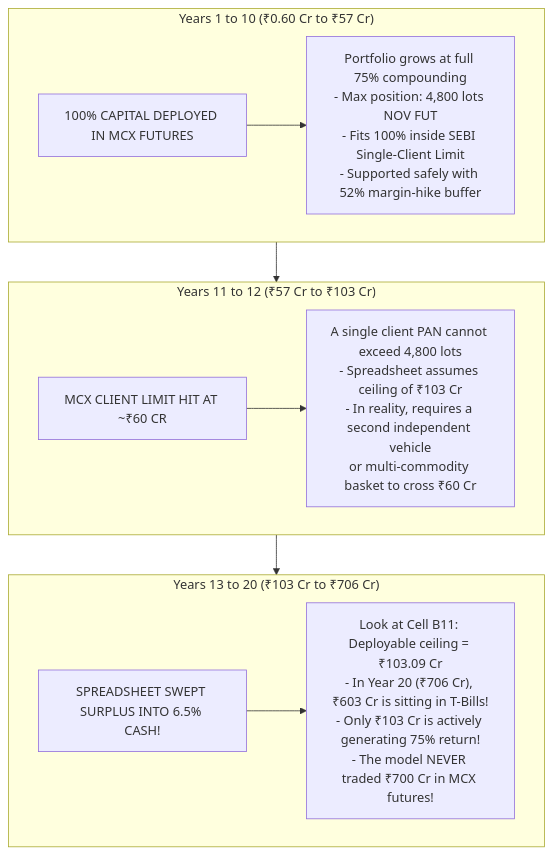
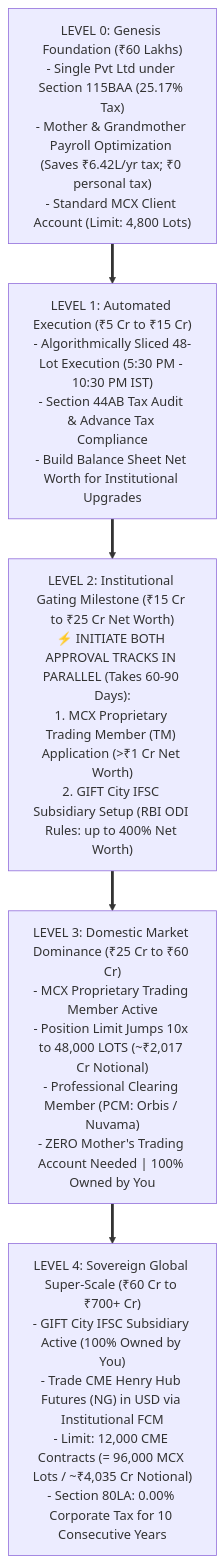
One commit to yieldchaser/mcx-margins changed the first of 6 diagrams in models/execution_and_tax_validation_plan.md. Above: the diagram before and after it, drawn with Mermaid. The commit also changed other lines of this file, not shown here.

Commit message:
docs(models): overhaul master plan into 5-level gateway progression eliminating redundant accounts

````diff
--- a/models/execution_and_tax_validation_plan.md
+++ b/models/execution_and_tax_validation_plan.md
@@ -20,16 +9,14 @@
 ```mermaid
 flowchart TD
-    subgraph S1["Years 1 to 10 (₹0.60 Cr to ₹57 Cr)"]
-        A1["100% CAPITAL DEPLOYED IN MCX FUTURES"] --> B1["Portfolio grows at full 75% compounding\n- Max position: 4,800 lots NOV FUT\n- Fits 100% inside SEBI Single-Client Limit\n- Supported safely with 52% margin-hike buffer"]
-    end
+    L0["LEVEL 0: Genesis Foundation (₹60 Lakhs)\n- Single Pvt Ltd under Section 115BAA (25.17% Tax)\n- Mother & Grandmother Payroll Optimization (Saves ₹6.42L/yr tax; ₹0 personal tax)\n- Standard MCX Client Account (Limit: 4,800 Lots)"]
     
-    subgraph S2["Years 11 to 12 (₹57 Cr to ₹103 Cr)"]
-        A2["MCX CLIENT LIMIT HIT AT ~₹60 CR"] --> B2["A single client PAN cannot exceed 4,800 lots\n- Spreadsheet assumes ceiling of ₹103 Cr\n- In reality, requires a second independent vehicle\nor multi-commodity basket to cross ₹60 Cr"]
-    end
+    L1["LEVEL 1: Automated Execution (₹5 Cr to ₹15 Cr)\n- Algorithmically Sliced 48-Lot Execution (5:30 PM - 10:30 PM IST)\n- Section 44AB Tax Audit & Advance Tax Compliance\n- Build Balance Sheet Net Worth for Institutional Upgrades"]
     
-    subgraph S3["Years 13 to 20 (₹103 Cr to ₹706 Cr)"]
-        A3["SPREADSHEET SWEPT SURPLUS INTO 6.5% CASH!"] --> B3["Look at Cell B11: Deployable ceiling = ₹103.09 Cr\n- In Year 20 (₹706 Cr), ₹603 Cr is sitting in T-Bills!\n- Only ₹103 Cr is actively generating 75% return!\n- The model NEVER traded ₹700 Cr in MCX futures!"]
-    end
+    L2["LEVEL 2: Institutional Gating Milestone (₹15 Cr to ₹25 Cr Net Worth)\n⚡ INITIATE BOTH APPROVAL TRACKS IN PARALLEL (Takes 60-90 Days):\n1. MCX Proprietary Trading Member (TM) Application (>₹1 Cr Net Worth)\n2. GIFT City IFSC Subsidiary Setup (RBI ODI Rules: up to 400% Net Worth)"]
+    
+    L3["LEVEL 3: Domestic Market Dominance (₹25 Cr to ₹60 Cr)\n- MCX Proprietary Trading Member Active\n- Position Limit Jumps 10x to 48,000 LOTS (~₹2,017 Cr Notional)\n- Professional Clearing Member (PCM: Orbis / Nuvama)\n- ZERO Mother's Trading Account Needed | 100% Owned by You"]
+    
+    L4["LEVEL 4: Sovereign Global Super-Scale (₹60 Cr to ₹700+ Cr)\n- GIFT City IFSC Subsidiary Active (100% Owned by You)\n- Trade CME Henry Hub Futures (NG) in USD via Institutional FCM\n- Limit: 12,000 CME Contracts (= 96,000 MCX Lots / ~₹4,035 Cr Notional)\n- Section 80LA: 0.00% Corporate Tax for 10 Consecutive Years"]
 
-    S1 --> S2 --> S3
+    L0 ==> L1 ==> L2 ==> L3 ==> L4
 ```
````
